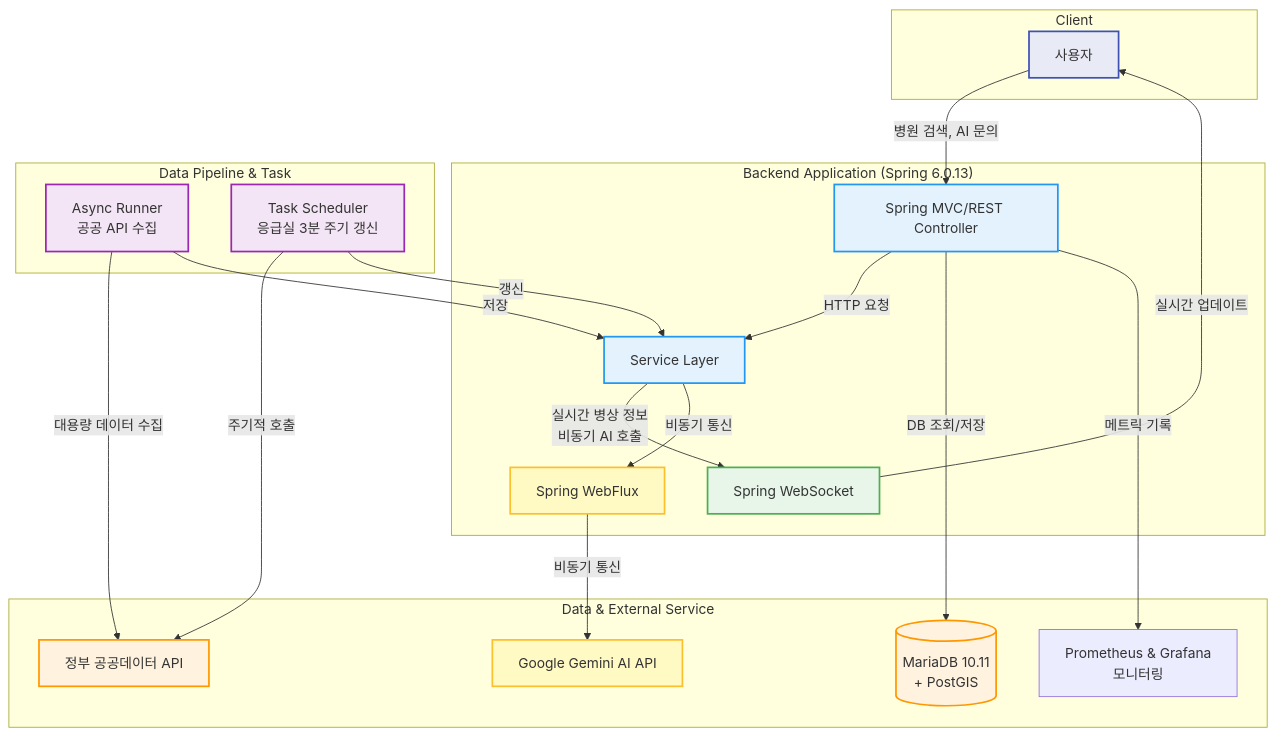
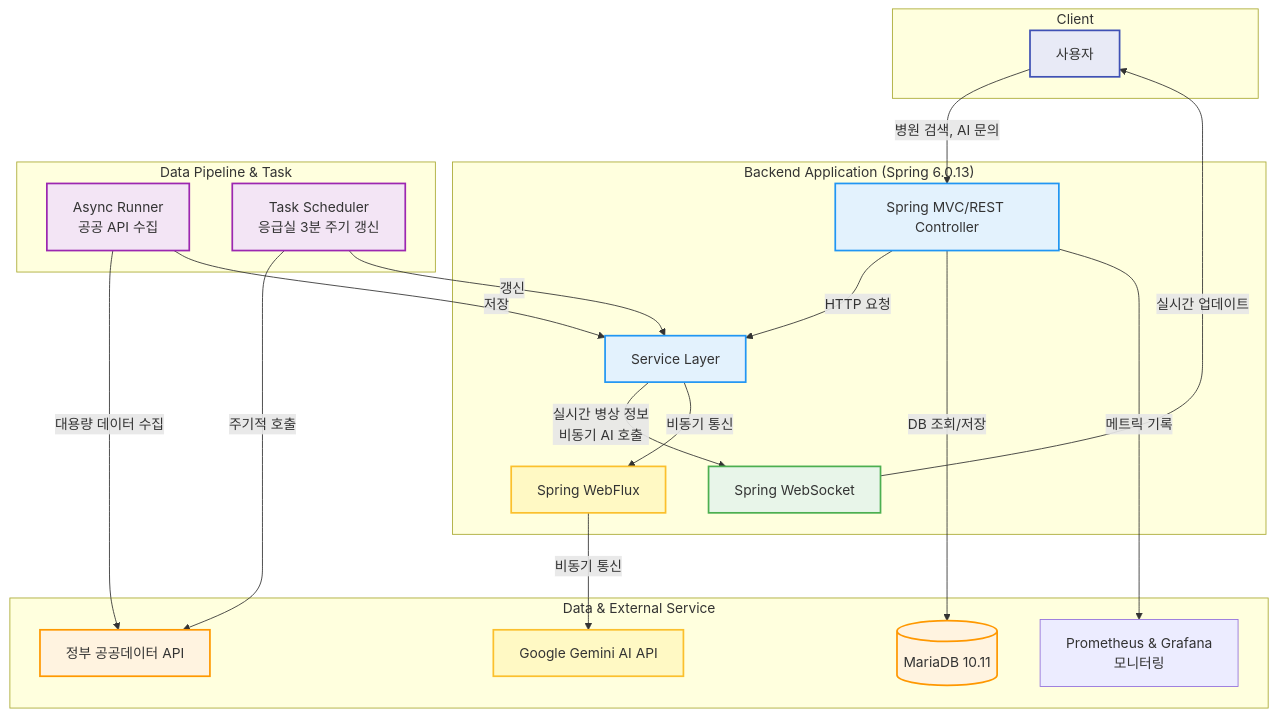
One commit to medical-info-hub/hospitalInfoProject-backend changed the first of 2 diagrams in README.md. Above: the diagram before and after it, drawn with Mermaid. The commit also changed other lines of this file, not shown here.

````diff
--- a/README.md
+++ b/README.md
@@ -134,56 +134,56 @@
 ```mermaid
 graph TB
     subgraph Client["Client"]
         User[사용자]
     end
 
     subgraph Backend["Backend Application (Spring 6.0.13)"]
         Controller[Spring MVC/REST Controller]
         Service[Service Layer]
         WebSocket[Spring WebSocket]
         WebFlux[Spring WebFlux]
         
         Controller -->|HTTP 요청| Service
         Service -->|실시간 병상 정보<br/>비동기 AI 호출| WebSocket
         Service -->|비동기 통신| WebFlux
     end
     
     subgraph Pipeline["Data Pipeline & Task"]
         AsyncRunner[Async Runner<br/>공공 API 수집]
         Scheduler[Task Scheduler<br/>응급실 3분 주기 갱신]
     end
     
     subgraph External["Data & External Service"]
-        DB[(MariaDB 10.11<br/>+ PostGIS)]
+        DB[(MariaDB 10.11<br/>)]
         GovAPI[정부 공공데이터 API]
         GeminiAPI[Google Gemini AI API]
         Monitor[Prometheus & Grafana<br/>모니터링]
     end
     
     User -->|병원 검색, AI 문의| Controller
     Controller -->|DB 조회/저장| DB
     Controller -->|메트릭 기록| Monitor
     
     AsyncRunner -->|대용량 데이터 수집| GovAPI
     AsyncRunner -->|저장| Service
     
     Scheduler -->|주기적 호출| GovAPI
     Scheduler -->|갱신| Service
     
     WebFlux -->|비동기 통신| GeminiAPI
     WebSocket -->|실시간 업데이트| User
     
     classDef clientStyle fill:#e8eaf6,stroke:#3f51b5,stroke-width:2px
     classDef backendStyle fill:#e3f2fd,stroke:#2196f3,stroke-width:2px
     classDef pipelineStyle fill:#f3e5f5,stroke:#9c27b0,stroke-width:2px
     classDef dataStyle fill:#fff3e0,stroke:#ff9800,stroke-width:2px
     classDef wsStyle fill:#e8f5e9,stroke:#4caf50,stroke-width:2px
     classDef aiStyle fill:#fff9c4,stroke:#fbc02d,stroke-width:2px
     
     class User clientStyle
     class Controller,Service backendStyle
     class AsyncRunner,Scheduler pipelineStyle
     class DB,GovAPI dataStyle
     class WebSocket wsStyle
     class WebFlux,GeminiAPI aiStyle
 ```
````
